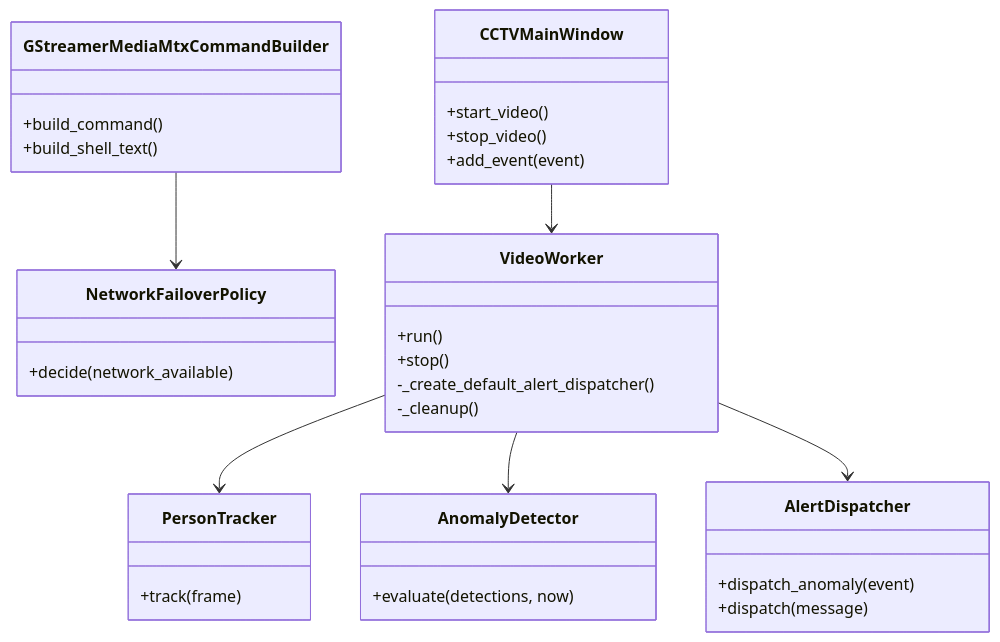
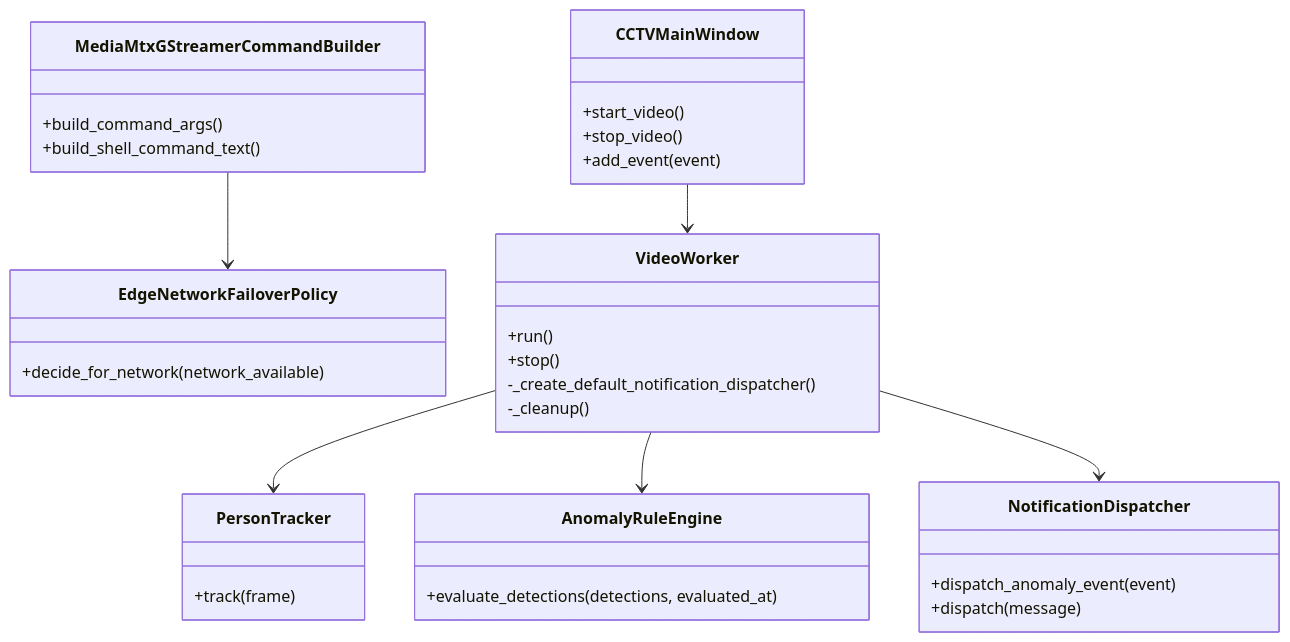
Before and after one commit to taegyu-heo-bigstar/AI_CCTV: the second of 2 diagrams in inst/flow.md, drawn with Mermaid. The commit also changed other lines of this file and 30 other files, not shown here.

````diff
--- a/inst/flow.md
+++ b/inst/flow.md
@@ -68,43 +67,43 @@
 ```mermaid
 classDiagram
-    class GStreamerMediaMtxCommandBuilder {
-        +build_command()
-        +build_shell_text()
+    class MediaMtxGStreamerCommandBuilder {
+        +build_command_args()
+        +build_shell_command_text()
     }
 
-    class NetworkFailoverPolicy {
-        +decide(network_available)
+    class EdgeNetworkFailoverPolicy {
+        +decide_for_network(network_available)
     }
 
     class VideoWorker {
         +run()
         +stop()
-        -_create_default_alert_dispatcher()
+        -_create_default_notification_dispatcher()
         -_cleanup()
     }
 
     class PersonTracker {
         +track(frame)
     }
 
-    class AnomalyDetector {
-        +evaluate(detections, now)
+    class AnomalyRuleEngine {
+        +evaluate_detections(detections, evaluated_at)
     }
 
-    class AlertDispatcher {
-        +dispatch_anomaly(event)
+    class NotificationDispatcher {
+        +dispatch_anomaly_event(event)
         +dispatch(message)
     }
 
     class CCTVMainWindow {
         +start_video()
         +stop_video()
         +add_event(event)
     }
 
-    GStreamerMediaMtxCommandBuilder --> NetworkFailoverPolicy
+    MediaMtxGStreamerCommandBuilder --> EdgeNetworkFailoverPolicy
     VideoWorker --> PersonTracker
-    VideoWorker --> AnomalyDetector
-    VideoWorker --> AlertDispatcher
+    VideoWorker --> AnomalyRuleEngine
+    VideoWorker --> NotificationDispatcher
     CCTVMainWindow --> VideoWorker
 ```
````
